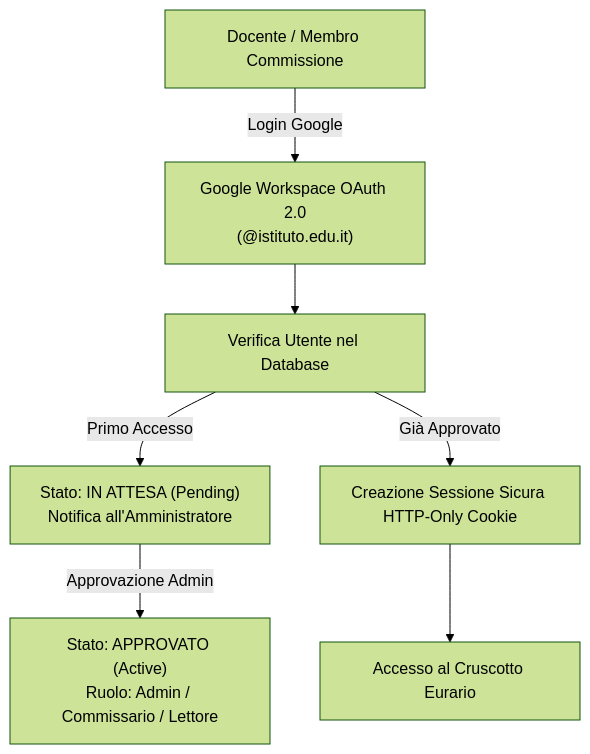
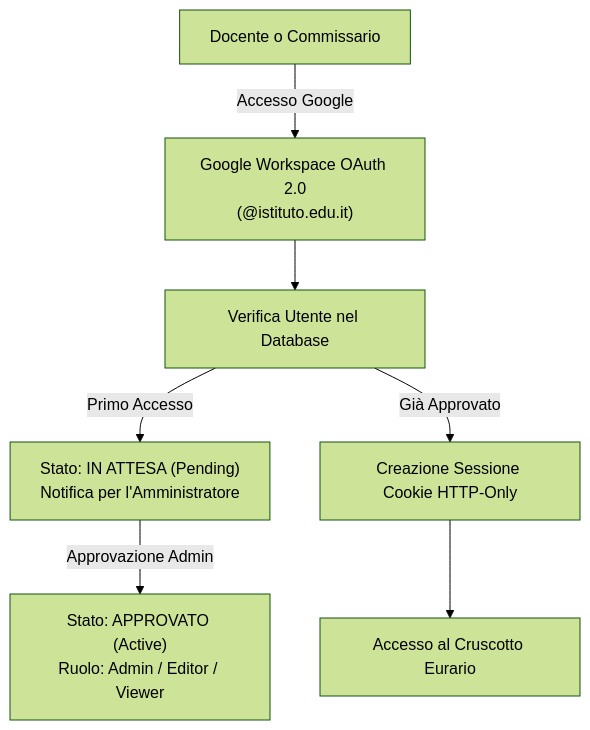
The first of 2 diagrams in docs/getting-started.md (carlorigoni/eurario), drawn with Mermaid (forest theme) before and after one commit. The commit also changed other lines of this file and 13 other files, not shown here.

````diff
--- a/docs/getting-started.md
+++ b/docs/getting-started.md
@@ -16,9 +17,9 @@
 ```mermaid
 flowchart TD
-    User["Docente / Membro Commissione"] -->|"Login Google"| OAuth["Google Workspace OAuth 2.0\n(@istituto.edu.it)"]
+    User["Docente o Commissario"] -->|"Accesso Google"| OAuth["Google Workspace OAuth 2.0\n(@istituto.edu.it)"]
     OAuth --> Check["Verifica Utente nel Database"]
-    Check -->|"Primo Accesso"| Pending["Stato: IN ATTESA (Pending)\nNotifica all'Amministratore"]
-    Pending -->|"Approvazione Admin"| Approved["Stato: APPROVATO (Active)\nRuolo: Admin / Commissario / Lettore"]
-    Check -->|"Già Approvato"| Session["Creazione Sessione Sicura HTTP-Only Cookie"]
+    Check -->|"Primo Accesso"| Pending["Stato: IN ATTESA (Pending)\nNotifica per l'Amministratore"]
+    Pending -->|"Approvazione Admin"| Approved["Stato: APPROVATO (Active)\nRuolo: Admin / Editor / Viewer"]
+    Check -->|"Già Approvato"| Session["Creazione Sessione Cookie HTTP-Only"]
     Session --> App["Accesso al Cruscotto Eurario"]
 ```
````
